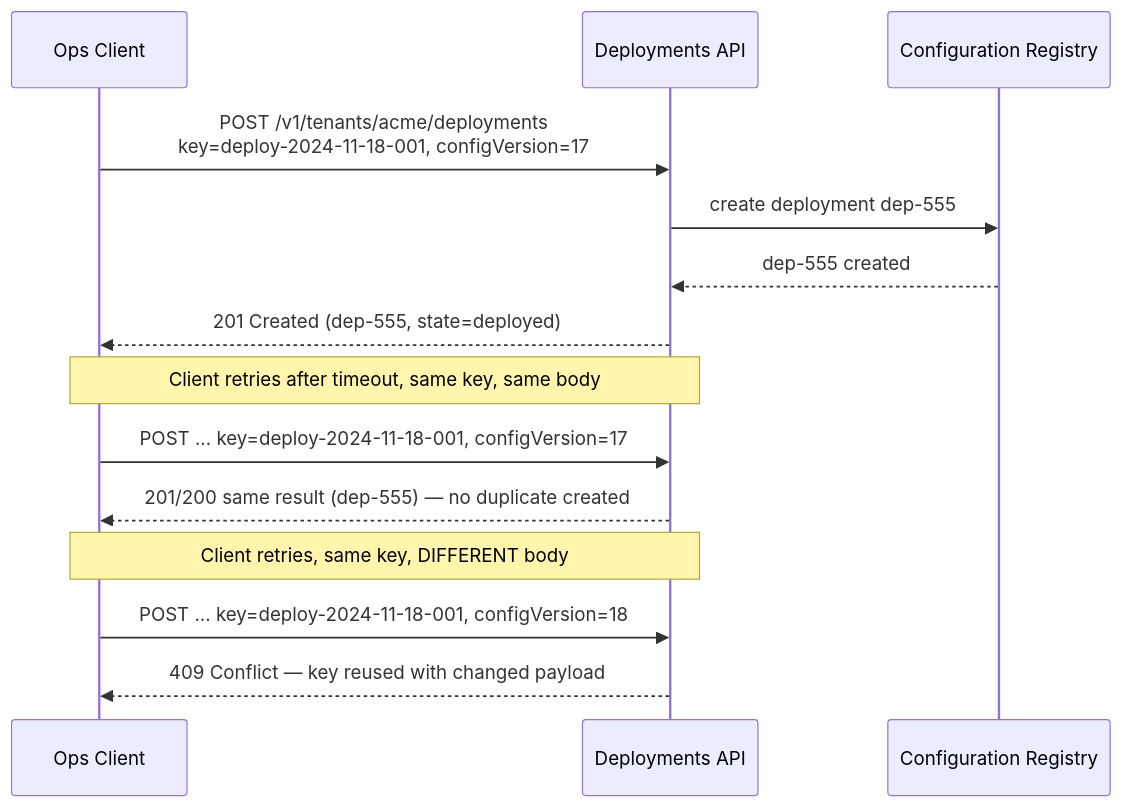
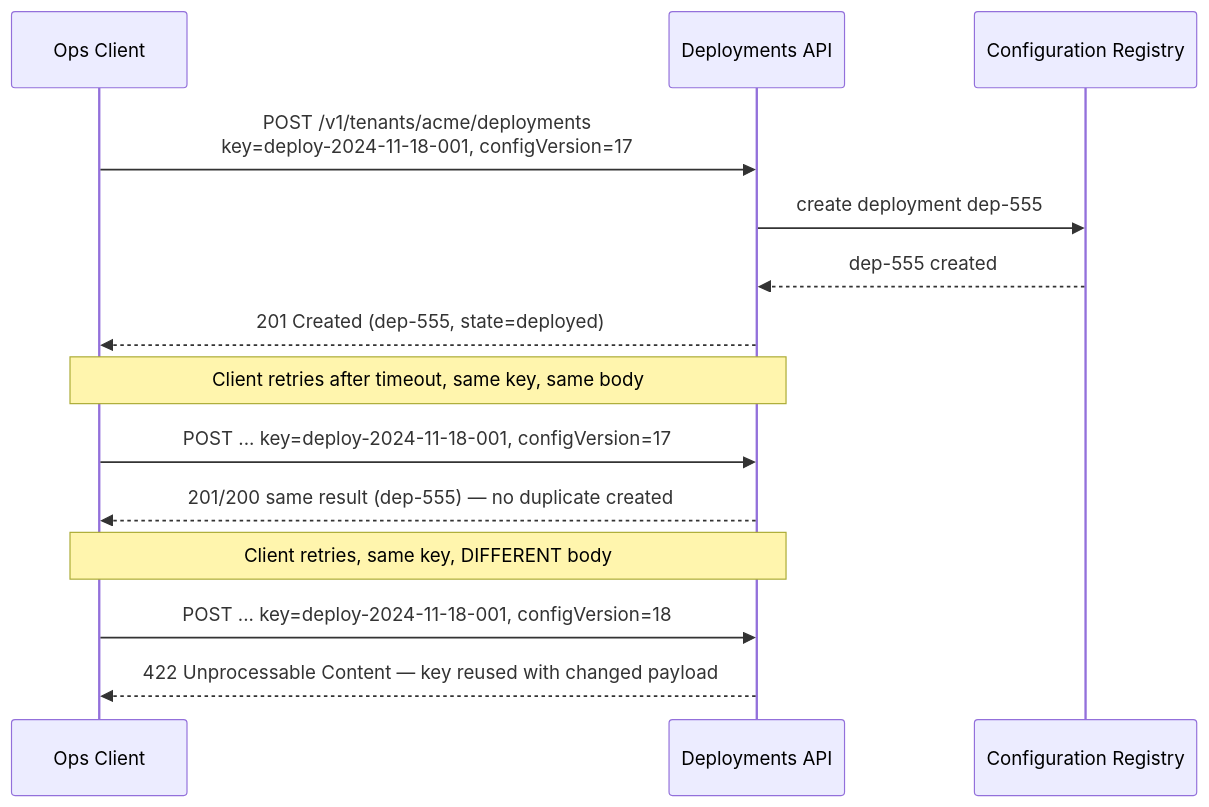
The seventh of 12 diagrams in 06_Interview_Prep/Case_Study_Groups/Standalone/25_Configurable_Platform_Customer_Workflows/3_Tutorial_V2.md (Sourav692/AI-ENGINEERING-DEMYSTIFIED), drawn with Mermaid before and after one commit. The commit also changed other lines of this file and 66 other files, not shown here.

````diff
--- a/06_Interview_Prep/Case_Study_Groups/Standalone/25_Configurable_Platform_Customer_Workflows/3_Tutorial_V2.md
+++ b/06_Interview_Prep/Case_Study_Groups/Standalone/25_Configurable_Platform_Customer_Workflows/3_Tutorial_V2.md
@@ -529,19 +529,19 @@
 ```mermaid
 sequenceDiagram
   participant Client as Ops Client
   participant API as Deployments API
   participant Registry as Configuration Registry
 
   Client->>API: POST /v1/tenants/acme/deployments<br/>key=deploy-2024-11-18-001, configVersion=17
   API->>Registry: create deployment dep-555
   Registry-->>API: dep-555 created
   API-->>Client: 201 Created (dep-555, state=deployed)
 
   Note over Client,API: Client retries after timeout, same key, same body
   Client->>API: POST ... key=deploy-2024-11-18-001, configVersion=17
   API-->>Client: 201/200 same result (dep-555) — no duplicate created
 
   Note over Client,API: Client retries, same key, DIFFERENT body
   Client->>API: POST ... key=deploy-2024-11-18-001, configVersion=18
-  API-->>Client: 409 Conflict — key reused with changed payload
+  API-->>Client: 422 Unprocessable Content — key reused with changed payload
 ```
````
